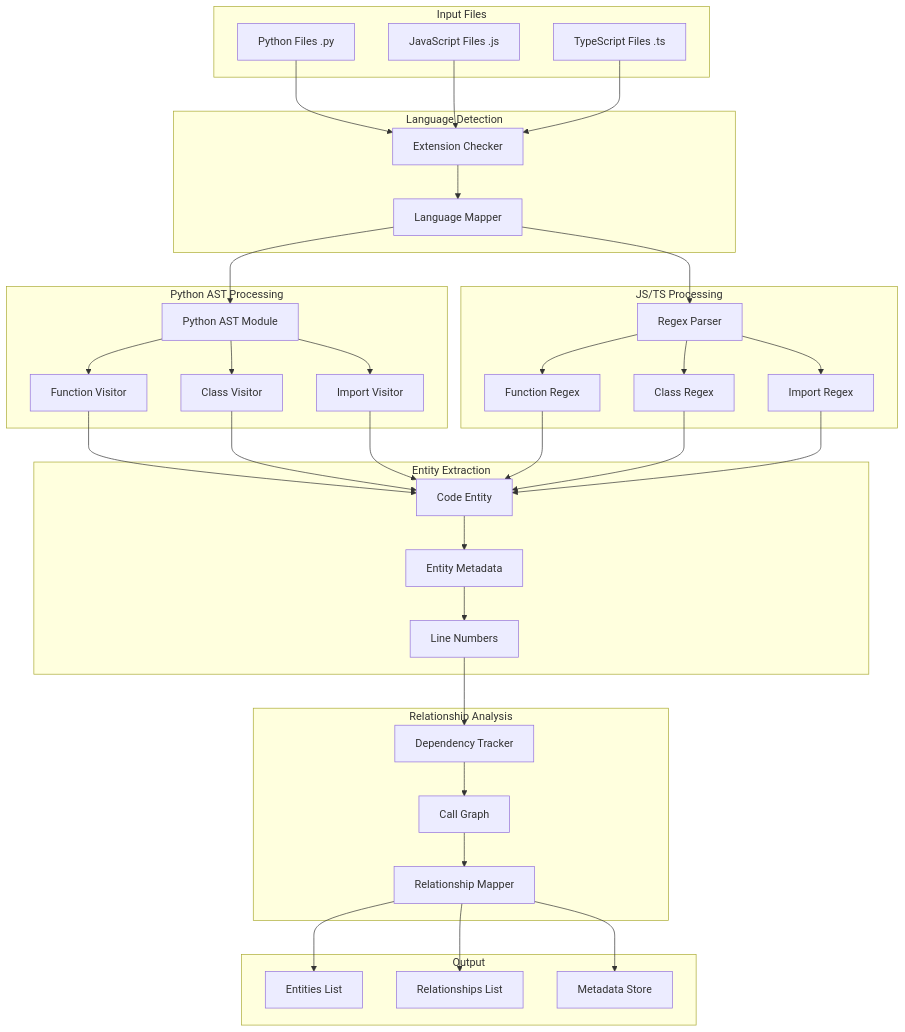
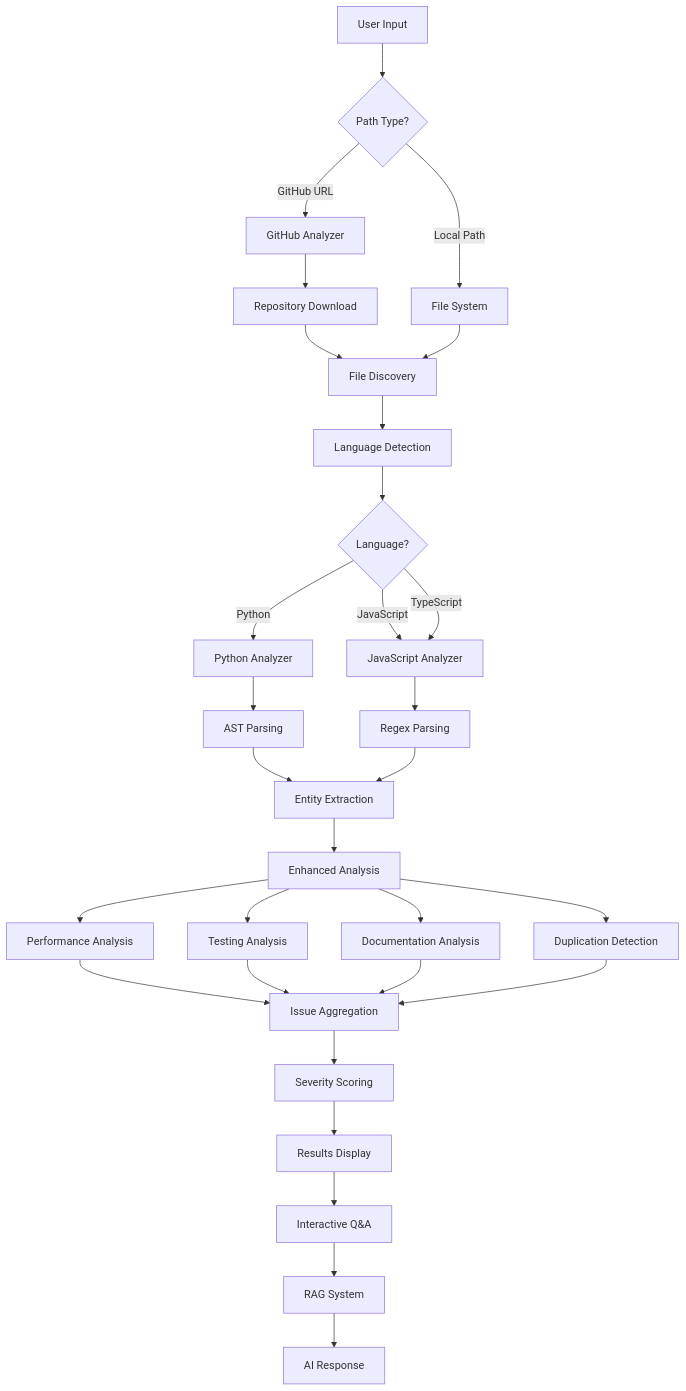
One commit to Amrithesh-Kakkoth/CodeAnalyzer_Pro changed the second of 3 diagrams in PROJECT_ARCHITECTURE.md. Above: the diagram before and after it, drawn with Mermaid. The commit also changed other lines of this file and 6 other files, not shown here.

````diff
--- a/PROJECT_ARCHITECTURE.md
+++ b/PROJECT_ARCHITECTURE.md
@@ -270,80 +327,41 @@
 ```mermaid
-graph TB
-    subgraph "Input Files"
-        PYTHON_FILES[Python Files .py]
-        JS_FILES[JavaScript Files .js]
-        TS_FILES[TypeScript Files .ts]
-    end
+flowchart TD
+    A[User Input] --> B{Path Type?}
+    B -->|GitHub URL| C[GitHub Analyzer]
+    B -->|Local Path| D[File System]
     
-    subgraph "Language Detection"
-        EXTENSION_CHECKER[Extension Checker]
-        LANGUAGE_MAPPER[Language Mapper]
-    end
+    C --> E[Repository Download]
+    E --> F[File Discovery]
+    D --> F
     
-    subgraph "Python AST Processing"
-        PYTHON_AST[Python AST Module]
-        FUNCTION_VISITOR[Function Visitor]
-        CLASS_VISITOR[Class Visitor]
-        IMPORT_VISITOR[Import Visitor]
-    end
+    F --> G[Language Detection]
+    G --> H{Language?}
     
-    subgraph "JS/TS Processing"
-        REGEX_PARSER[Regex Parser]
-        FUNCTION_REGEX[Function Regex]
-        CLASS_REGEX[Class Regex]
-        IMPORT_REGEX[Import Regex]
-    end
+    H -->|Python| I[Python Analyzer]
+    H -->|JavaScript| J[JavaScript Analyzer]
+    H -->|TypeScript| J
     
-    subgraph "Entity Extraction"
-        CODE_ENTITY[Code Entity]
-        ENTITY_METADATA[Entity Metadata]
-        LINE_NUMBERS[Line Numbers]
-    end
+    I --> K[AST Parsing]
+    J --> L[Regex Parsing]
     
-    subgraph "Relationship Analysis"
-        DEPENDENCY_TRACKER[Dependency Tracker]
-        CALL_GRAPH[Call Graph]
-        RELATIONSHIP_MAPPER[Relationship Mapper]
-    end
+    K --> M[Entity Extraction]
+    L --> M
     
-    subgraph "Output"
-        ENTITIES_LIST[Entities List]
-        RELATIONSHIPS_LIST[Relationships List]
-        METADATA_STORE[Metadata Store]
-    end
+    M --> N[Enhanced Analysis]
+    N --> O[Performance Analysis]
+    N --> P[Testing Analysis]
+    N --> Q[Documentation Analysis]
+    N --> R[Duplication Detection]
     
-    PYTHON_FILES --> EXTENSION_CHECKER
-    JS_FILES --> EXTENSION_CHECKER
-    TS_FILES --> EXTENSION_CHECKER
+    O --> S[Issue Aggregation]
+    P --> S
+    Q --> S
+    R --> S
     
-    EXTENSION_CHECKER --> LANGUAGE_MAPPER
+    S --> T[Severity Scoring]
+    T --> U[Results Display]
     
-    LANGUAGE_MAPPER --> PYTHON_AST
-    LANGUAGE_MAPPER --> REGEX_PARSER
-    
-    PYTHON_AST --> FUNCTION_VISITOR
-    PYTHON_AST --> CLASS_VISITOR
-    PYTHON_AST --> IMPORT_VISITOR
-    
-    REGEX_PARSER --> FUNCTION_REGEX
-    REGEX_PARSER --> CLASS_REGEX
-    REGEX_PARSER --> IMPORT_REGEX
-    
-    FUNCTION_VISITOR --> CODE_ENTITY
-    CLASS_VISITOR --> CODE_ENTITY
-    IMPORT_VISITOR --> CODE_ENTITY
-    FUNCTION_REGEX --> CODE_ENTITY
-    CLASS_REGEX --> CODE_ENTITY
-    IMPORT_REGEX --> CODE_ENTITY
-    
-    CODE_ENTITY --> ENTITY_METADATA
-    ENTITY_METADATA --> LINE_NUMBERS
-    
-    LINE_NUMBERS --> DEPENDENCY_TRACKER
-    DEPENDENCY_TRACKER --> CALL_GRAPH
-    CALL_GRAPH --> RELATIONSHIP_MAPPER
-    
-    RELATIONSHIP_MAPPER --> ENTITIES_LIST
-    RELATIONSHIP_MAPPER --> RELATIONSHIPS_LIST
-    RELATIONSHIP_MAPPER --> METADATA_STORE
+    U --> V[Interactive Q&A]
+    V --> W[RAG System]
+    W --> X[AI Response]
 ```
````
